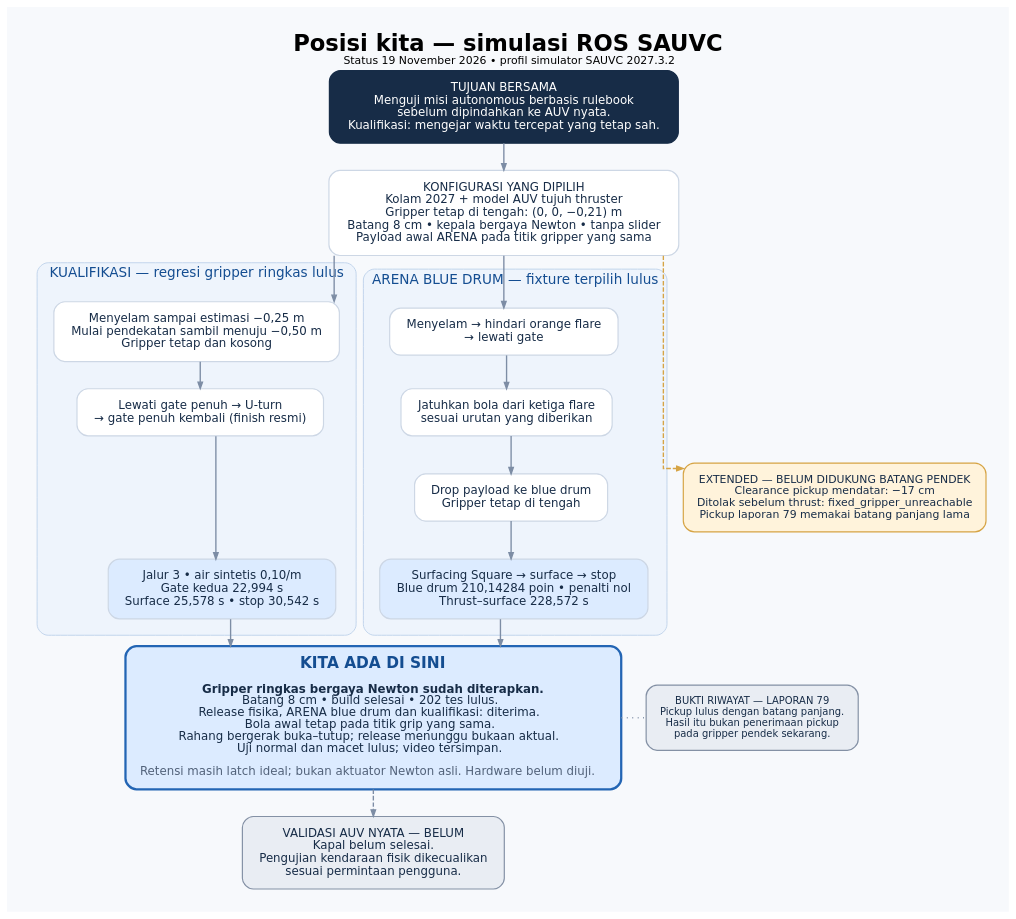
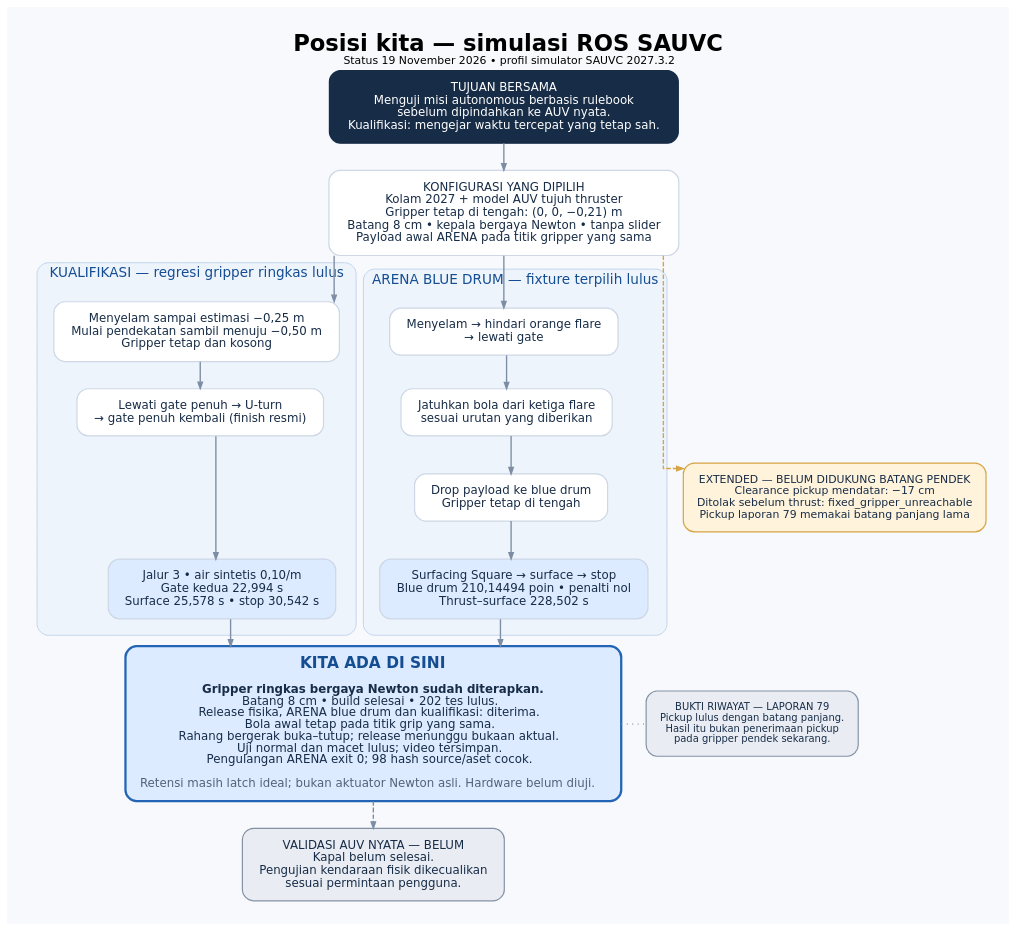
Before and after one commit to Customize5773/AUV: the diagram in doc/diagrams/status-simulasi-sauvc.dot, drawn with Graphviz. The commit also changed 45 other files, not shown here.

```diff
--- a/doc/diagrams/status-simulasi-sauvc.dot
+++ b/doc/diagrams/status-simulasi-sauvc.dot
@@ -1,50 +1,50 @@
 digraph progress {
   graph [rankdir=TB, newrank=true, bgcolor="#F7F9FC", pad="0.35", nodesep="0.38", ranksep="0.42", splines=ortho,
          fontname="DejaVu Sans", labelloc=t,
          label=<<FONT POINT-SIZE="25"><B>Posisi kita — simulasi ROS SAUVC</B></FONT><BR/><FONT POINT-SIZE="12">Status 19 November 2026 • profil simulator SAUVC 2027.3.2</FONT>>];
   node [shape=box, style="rounded,filled", fontname="DejaVu Sans", fontsize=13,
         color="#CDD7E5", fillcolor="white", fontcolor="#172C47", margin="0.22,0.16", penwidth=1.3];
   edge [color="#7D8DA5", arrowsize=0.7, penwidth=1.5];
 
   goal [fillcolor="#172C47", fontcolor="white", color="#172C47",
         label="TUJUAN BERSAMA\nMenguji misi autonomous berbasis rulebook\nsebelum dipindahkan ke AUV nyata.\nKualifikasi: mengejar waktu tercepat yang tetap sah."];
   platform [label="KONFIGURASI YANG DIPILIH\nKolam 2027 + model AUV tujuh thruster\nGripper tetap di tengah: (0, 0, −0,21) m\nBatang 8 cm • kepala bergaya Newton • tanpa slider\nPayload awal ARENA pada titik gripper yang sama"];
   goal -> platform;
 
   subgraph cluster_q {
     label="KUALIFIKASI — regresi gripper ringkas lulus"; fontname="DejaVu Sans"; fontsize=15; fontcolor="#144D91";
     color="#BED2EB"; style="rounded,filled"; fillcolor="#EEF4FC"; margin=18;
     q1 [label="Menyelam sampai estimasi −0,25 m\nMulai pendekatan sambil menuju −0,50 m\nGripper tetap dan kosong"];
     q2 [label="Lewati gate penuh → U-turn\n→ gate penuh kembali (finish resmi)"];
     q3 [label="Jalur 3 • air sintetis 0,10/m\nGate kedua 22,994 s\nSurface 25,578 s • stop 30,542 s", fillcolor="#DCEBFF"];
     q1 -> q2 -> q3;
   }
   subgraph cluster_a {
     label="ARENA BLUE DRUM — fixture terpilih lulus"; fontname="DejaVu Sans"; fontsize=15; fontcolor="#144D91";
     color="#BED2EB"; style="rounded,filled"; fillcolor="#EEF4FC"; margin=18;
     a1 [label="Menyelam → hindari orange flare\n→ lewati gate"];
     a2 [label="Jatuhkan bola dari ketiga flare\nsesuai urutan yang diberikan"];
     a3 [label="Drop payload ke blue drum\nGripper tetap di tengah"];
-    a4 [label="Surfacing Square → surface → stop\nBlue drum 210,14284 poin • penalti nol\nThrust–surface 228,572 s", fillcolor="#DCEBFF"];
+    a4 [label="Surfacing Square → surface → stop\nBlue drum 210,14494 poin • penalti nol\nThrust–surface 228,502 s", fillcolor="#DCEBFF"];
     a1 -> a2 -> a3 -> a4;
   }
   blocked [fillcolor="#FFF3DB", color="#D6A445", fontsize=12,
            label="EXTENDED — BELUM DIDUKUNG BATANG PENDEK\nClearance pickup mendatar: −17 cm\nDitolak sebelum thrust: fixed_gripper_unreachable\nPickup laporan 79 memakai batang panjang lama"];
   platform -> q1; platform -> a1;
   platform -> blocked [style=dashed, color="#D6A445"];
   {rank=same; q1; a1; q1 -> a1 [style=invis];}
   {rank=same; a3; blocked;}
 
   now [fillcolor="#DCEBFF", color="#2365B4", penwidth=2.5,
-       label=<<FONT POINT-SIZE="17" COLOR="#144D91"><B>KITA ADA DI SINI</B></FONT><BR/><BR/><B>Gripper ringkas bergaya Newton sudah diterapkan.</B><BR/>Batang 8 cm • build selesai • 202 tes lulus.<BR/>Release fisika, ARENA blue drum dan kualifikasi: diterima.<BR/>Bola awal tetap pada titik grip yang sama.<BR/>Rahang bergerak buka–tutup; release menunggu bukaan aktual.<BR/>Uji normal dan macet lulus; video tersimpan.<BR/><BR/><FONT COLOR="#52627A">Retensi masih latch ideal; bukan aktuator Newton asli. Hardware belum diuji.</FONT>>];
+       label=<<FONT POINT-SIZE="17" COLOR="#144D91"><B>KITA ADA DI SINI</B></FONT><BR/><BR/><B>Gripper ringkas bergaya Newton sudah diterapkan.</B><BR/>Batang 8 cm • build selesai • 202 tes lulus.<BR/>Release fisika, ARENA blue drum dan kualifikasi: diterima.<BR/>Bola awal tetap pada titik grip yang sama.<BR/>Rahang bergerak buka–tutup; release menunggu bukaan aktual.<BR/>Uji normal dan macet lulus; video tersimpan.<BR/>Pengulangan ARENA exit 0; 98 hash source/aset cocok.<BR/><BR/><FONT COLOR="#52627A">Retensi masih latch ideal; bukan aktuator Newton asli. Hardware belum diuji.</FONT>>];
   q3 -> now; a4 -> now;
 
   history [fillcolor="#E9EDF3", color="#8491A5", fontsize=11,
            label="BUKTI RIWAYAT — LAPORAN 79\nPickup lulus dengan batang panjang.\nHasil itu bukan penerimaan pickup\npada gripper pendek sekarang."];
   {rank=same; now; history;}
   now -> history [style=dotted, arrowhead=none, constraint=false];
 
   real [fillcolor="#E9EDF3", color="#8491A5",
         label="VALIDASI AUV NYATA — BELUM\nKapal belum selesai.\nPengujian kendaraan fisik dikecualikan\nsesuai permintaan pengguna."];
   now -> real [style=dashed];
 }
```
